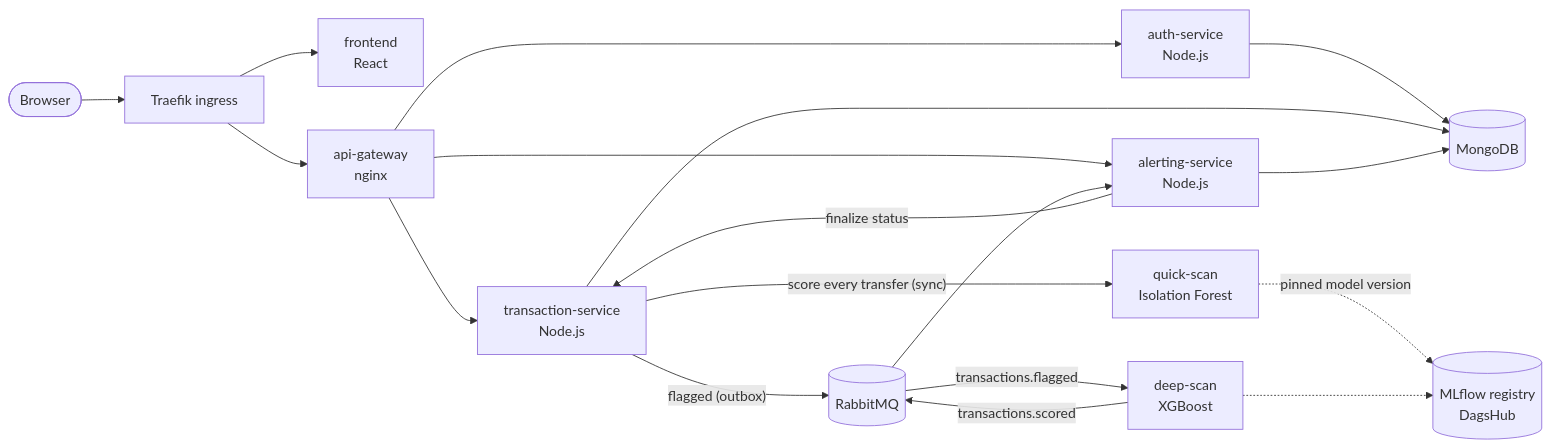
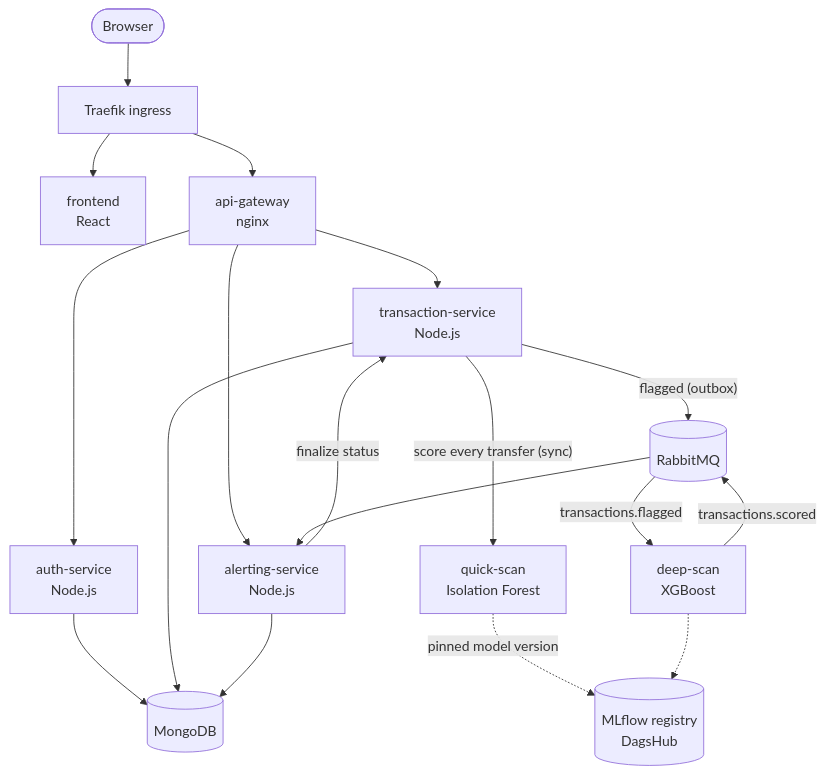
Before and after one commit to vijayasarvajith16/FraudGuard: the first of 2 diagrams in README.md, drawn with Mermaid. The commit also changed other lines of this file, not shown here.

First line of the commit message:
docs(readme): lay out both diagrams top to bottom so they fit GitHub's frame

````diff
--- a/README.md
+++ b/README.md
@@ -32,20 +32,20 @@
 ```mermaid
-flowchart LR
+flowchart TB
     user([Browser]) --> traefik[Traefik ingress]
     traefik --> fe[frontend<br/>React]
     traefik --> gw[api-gateway<br/>nginx]
     gw --> auth[auth-service<br/>Node.js]
     gw --> tx[transaction-service<br/>Node.js]
     gw --> al[alerting-service<br/>Node.js]
     tx -- "score every transfer (sync)" --> qs[quick-scan<br/>Isolation Forest]
     tx -- "flagged (outbox)" --> mq[(RabbitMQ)]
     mq -- transactions.flagged --> ds[deep-scan<br/>XGBoost]
     ds -- transactions.scored --> mq
     mq --> al
     al -- "finalize status" --> tx
     auth --> db[(MongoDB)]
     tx --> db
     al --> db
     qs -. "pinned model version" .-> reg[(MLflow registry<br/>DagsHub)]
     ds -.-> reg
 ```
````
